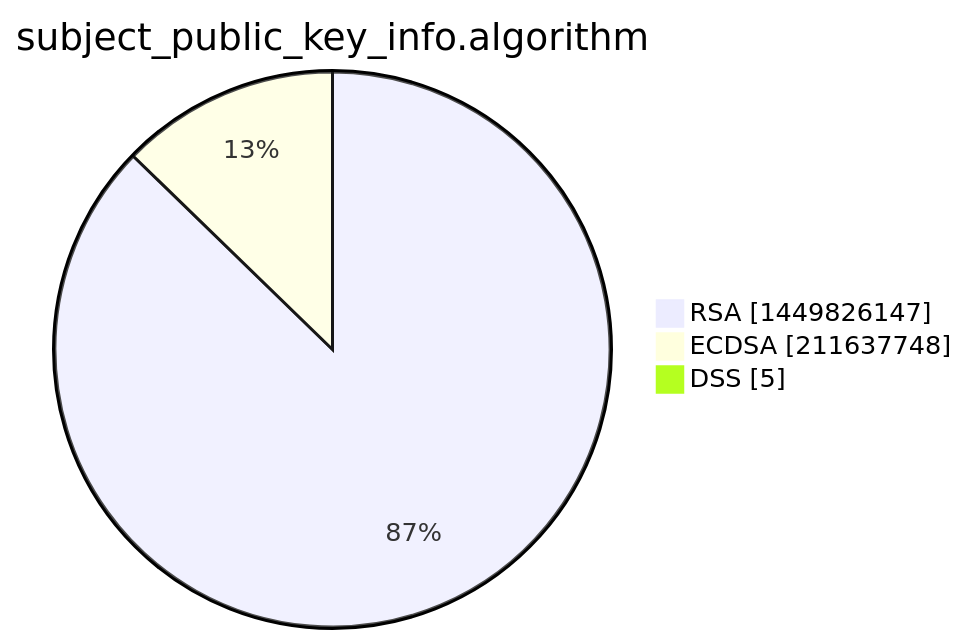
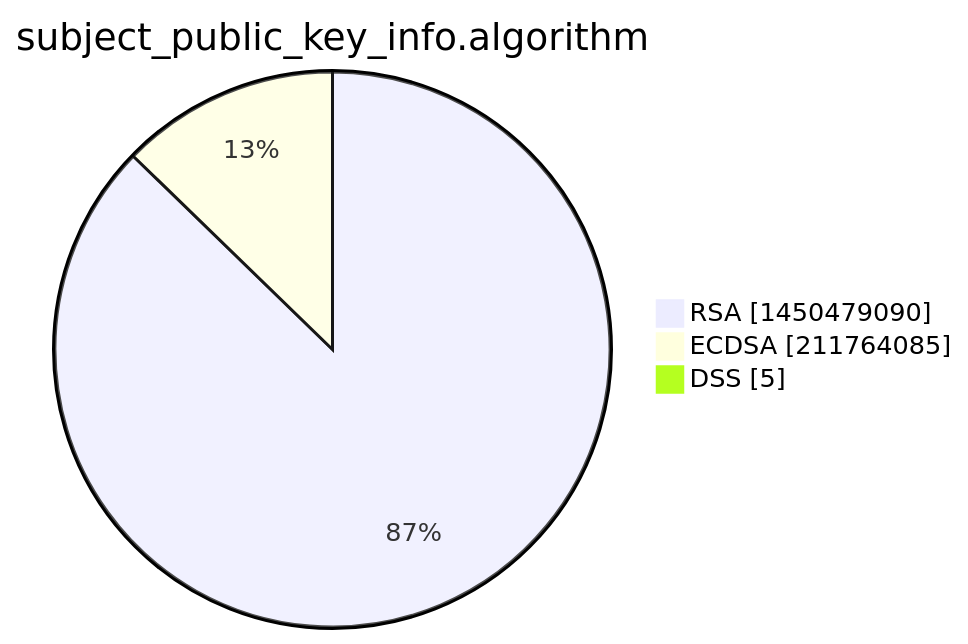
The third of 15 diagrams in xenon2022/README.md (christiankrug/ctmonitor_visualization), drawn with Mermaid before and after one commit. The commit also changed other lines of this file, not shown here.

````diff
--- a/xenon2022/README.md
+++ b/xenon2022/README.md
@@ -14,7 +14,7 @@
 ```mermaid
 pie showData
 title subject_public_key_info.algorithm
-"RSA" :1449826147
-"ECDSA" :211637748
+"RSA" :1450479090
+"ECDSA" :211764085
 "DSS" :5
 ```
````
